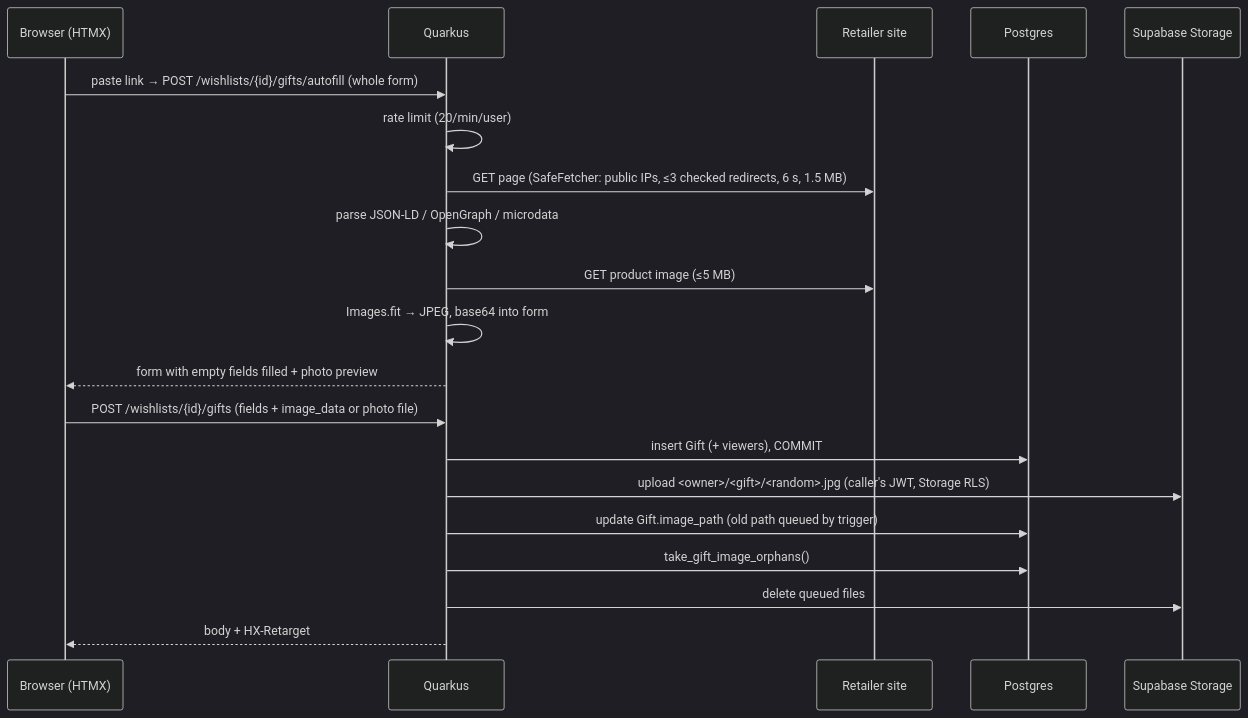
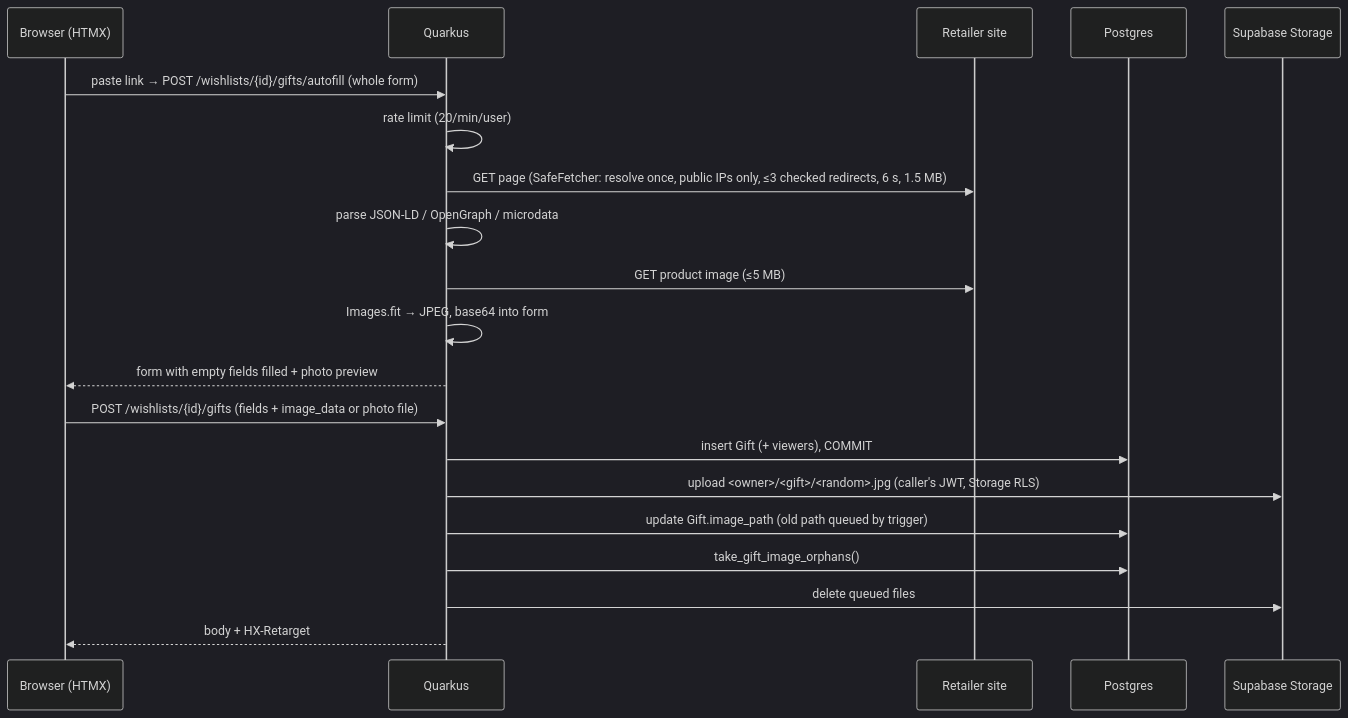
One commit to colllten/giftloop changed the fourth of 8 diagrams in docs/ARCHITECTURE.md. Above: the diagram before and after it, drawn with Mermaid (dark theme). The commit also changed 9 other files, not shown here.

First line of the commit message:
Close DNS rebinding in link previews: resolve once, connect to checked IPs

````diff
--- a/docs/ARCHITECTURE.md
+++ b/docs/ARCHITECTURE.md
@@ -120,22 +120,22 @@
 ```mermaid
 sequenceDiagram
   participant B as Browser (HTMX)
   participant Q as Quarkus
   participant R as Retailer site
   participant P as Postgres
   participant S as Supabase Storage
   B->>Q: paste link → POST /wishlists/{id}/gifts/autofill (whole form)
   Q->>Q: rate limit (20/min/user)
-  Q->>R: GET page (SafeFetcher: public IPs, ≤3 checked redirects, 6 s, 1.5 MB)
+  Q->>R: GET page (SafeFetcher: resolve once, public IPs only, ≤3 checked redirects, 6 s, 1.5 MB)
   Q->>Q: parse JSON-LD / OpenGraph / microdata
   Q->>R: GET product image (≤5 MB)
   Q->>Q: Images.fit → JPEG, base64 into form
   Q-->>B: form with empty fields filled + photo preview
   B->>Q: POST /wishlists/{id}/gifts (fields + image_data or photo file)
   Q->>P: insert Gift (+ viewers), COMMIT
   Q->>S: upload <owner>/<gift>/<random>.jpg (caller's JWT, Storage RLS)
   Q->>P: update Gift.image_path (old path queued by trigger)
   Q->>P: take_gift_image_orphans()
   Q->>S: delete queued files
   Q-->>B: body + HX-Retarget #wishlist-body
 ```
````
